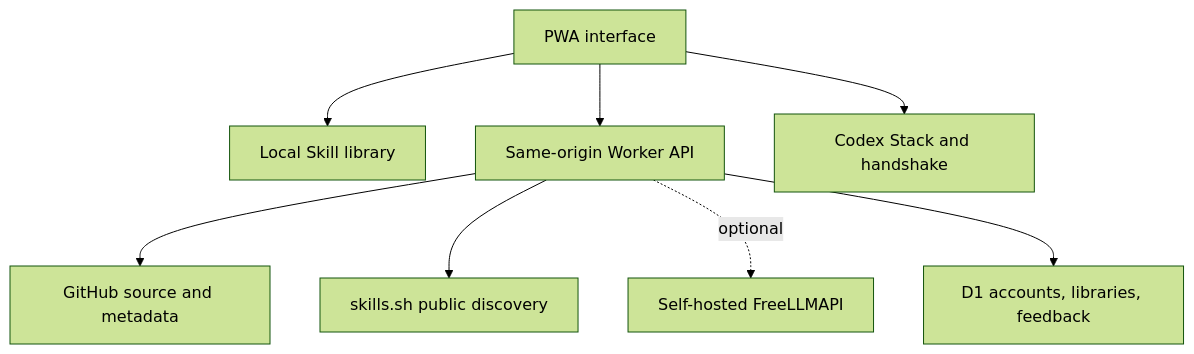
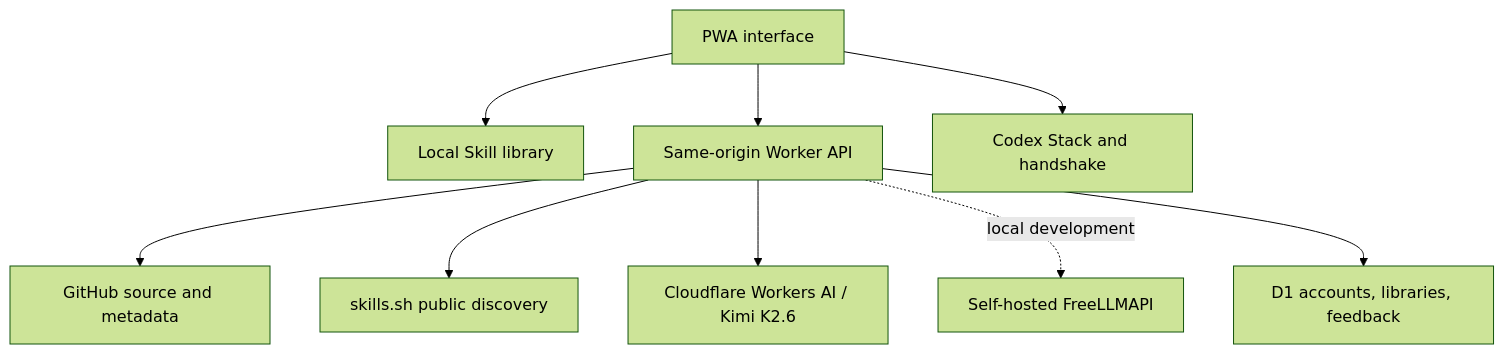
The diagram in docs/ARCHITECTURE.md (Tomchen070814/bitcase-community), drawn with Mermaid (forest theme) before and after one commit. The commit also changed other lines of this file and 9 other files, not shown here.

Commit message:
Run Radar on Cloudflare Kimi K2.6

````diff
--- a/docs/ARCHITECTURE.md
+++ b/docs/ARCHITECTURE.md
@@ -7,10 +7,11 @@
 ```mermaid
 flowchart TD
   UI["PWA interface"] --> Local["Local Skill library"]
   UI --> API["Same-origin Worker API"]
   API --> GitHub["GitHub source and metadata"]
   API --> Registry["skills.sh public discovery"]
-  API -. optional .-> FreeLLM["Self-hosted FreeLLMAPI"]
+  API --> WorkersAI["Cloudflare Workers AI / Kimi K2.6"]
+  API -. local development .-> FreeLLM["Self-hosted FreeLLMAPI"]
   API --> D1["D1 accounts, libraries, feedback"]
   UI --> Handoff["Codex Stack and handshake"]
 ```
````
